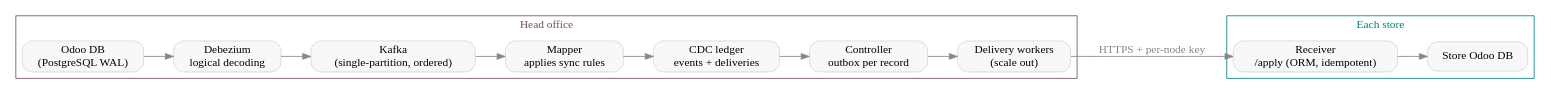
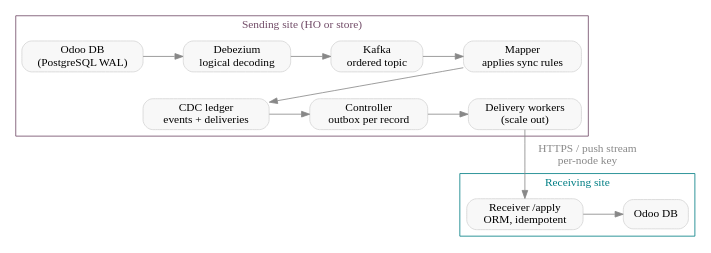
The diagram in content/case_studies/retail/live_sync.rst (metalogicdigital/erp-docs), drawn with Graphviz before and after one commit. The commit also changed 8 other files, not shown here.

Commit message:
Make diagrams readable: sans-serif labels, wrap long flows into rows

```diff
--- a/content/case_studies/retail/live_sync.rst
+++ b/content/case_studies/retail/live_sync.rst
@@ -14,29 +14,26 @@
 .. graphviz::
    :caption: Change-data-capture pipeline, one per site
 
    digraph cdc {
-      rankdir=LR;
+      rankdir=TB; nodesep=0.35; ranksep=0.45;
       node [shape=box, style="rounded,filled", fillcolor="#F8F8F8", color="#D5D5D5"];
       edge [color="#888888"];
 
       subgraph cluster_ho {
-         label="Head office"; color="#714B67"; fontcolor="#714B67";
-         hodb [label="Odoo DB\n(PostgreSQL WAL)"];
-         deb [label="Debezium\nlogical decoding"];
-         kafka [label="Kafka\n(single-partition, ordered)"];
-         mapper [label="Mapper\napplies sync rules"];
-         ledger [label="CDC ledger\nevents + deliveries"];
-         ctrl [label="Controller\noutbox per record"];
-         workers [label="Delivery workers\n(scale out)"];
-         hodb -> deb -> kafka -> mapper -> ledger -> ctrl -> workers;
+         label="Sending site (HO or store)"; color="#714B67"; fontcolor="#714B67";
+         { rank=same; hodb [label="Odoo DB\n(PostgreSQL WAL)"]; deb [label="Debezium\nlogical decoding"];
+           kafka [label="Kafka\nordered topic"]; mapper [label="Mapper\napplies sync rules"]; }
+         { rank=same; workers [label="Delivery workers\n(scale out)"]; ctrl [label="Controller\noutbox per record"];
+           ledger [label="CDC ledger\nevents + deliveries"]; }
+         hodb -> deb -> kafka -> mapper;
+         mapper -> ledger -> ctrl -> workers;
       }
 
       subgraph cluster_store {
-         label="Each store"; color="#017e84"; fontcolor="#017e84";
-         recv [label="Receiver\n/apply (ORM, idempotent)"];
-         sdb [label="Store Odoo DB"];
+         label="Receiving site"; color="#017e84"; fontcolor="#017e84";
+         { rank=same; recv [label="Receiver /apply\nORM, idempotent"]; sdb [label="Odoo DB"]; }
          recv -> sdb;
       }
 
-      workers -> recv [label="HTTPS + per-node key", fontcolor="#888888"];
+      workers -> recv [label="HTTPS / push stream\nper-node key", fontcolor="#888888"];
    }
```
